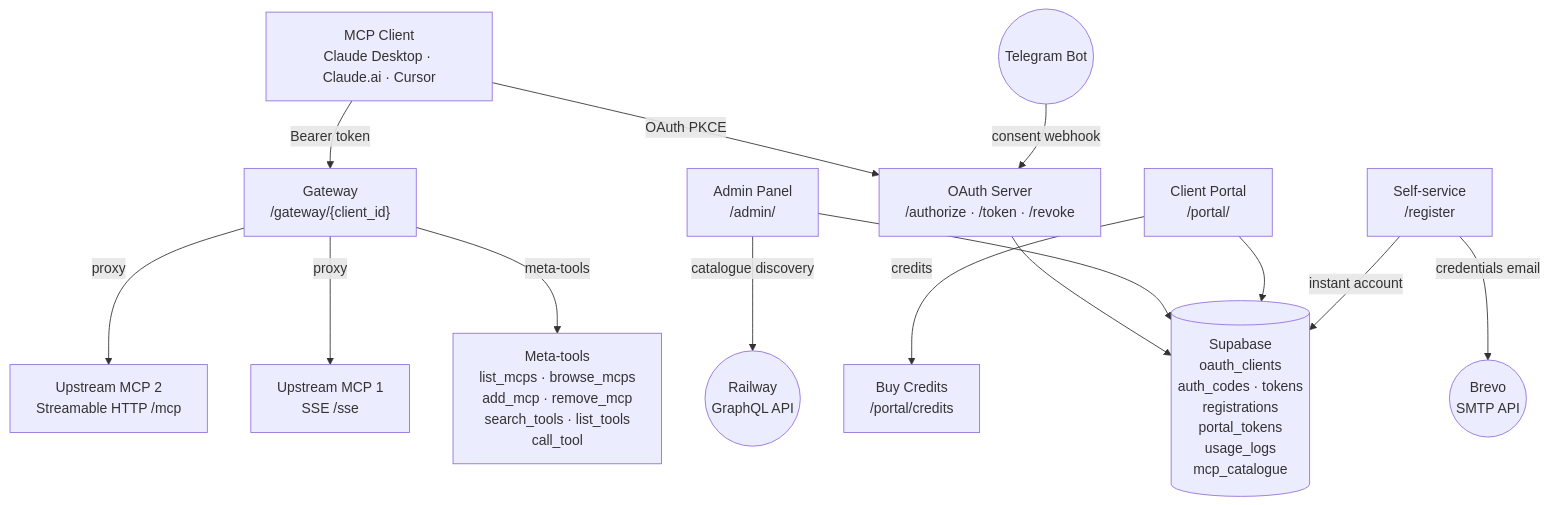
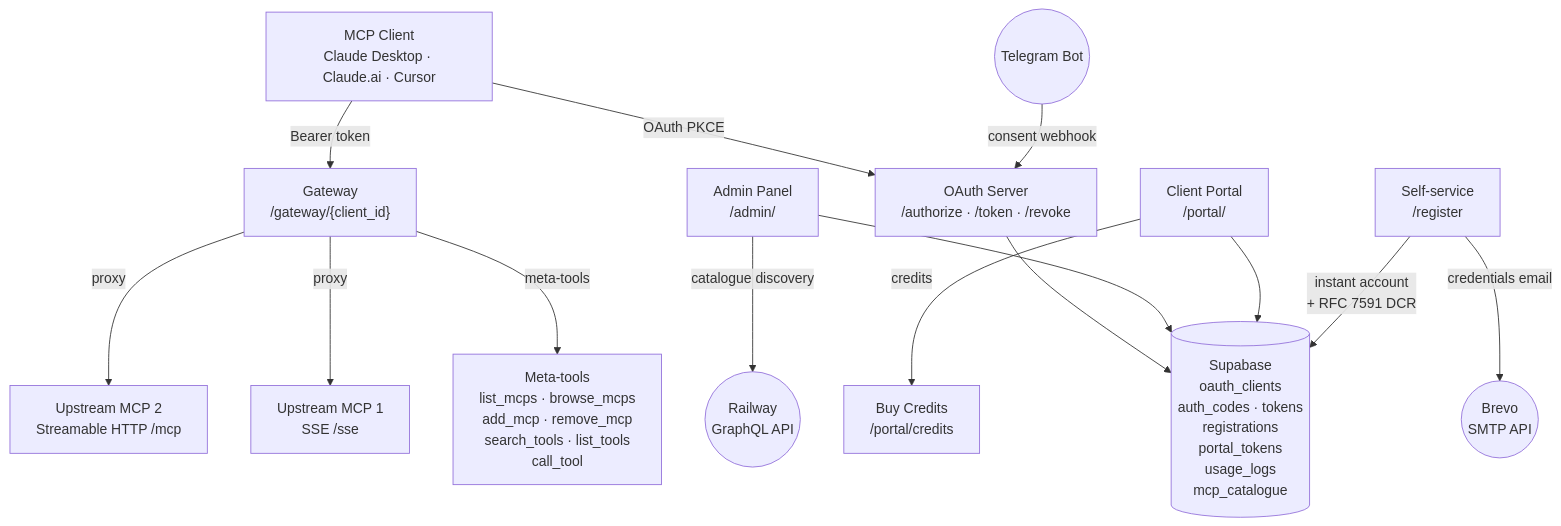
One commit to dsmoz/mcp-oauth-server changed the diagram in README.md. Above: the diagram before and after it, drawn with Mermaid. The commit also changed other lines of this file and 2 other files, not shown here.

````diff
--- a/README.md
+++ b/README.md
@@ -11,22 +11,22 @@
 ```mermaid
 flowchart TD
     Client["MCP Client\nClaude Desktop · Claude.ai · Cursor"] -->|OAuth PKCE| OAuth["OAuth Server\n/authorize · /token · /revoke"]
     Client -->|Bearer token| Gateway["Gateway\n/gateway/{client_id}"]
 
     OAuth --> Supabase[("Supabase\noauth_clients\nauth_codes · tokens\nregistrations\nportal_tokens\nusage_logs\nmcp_catalogue")]
 
     Gateway -->|meta-tools| Meta["Meta-tools\nlist_mcps · browse_mcps\nadd_mcp · remove_mcp\nsearch_tools · list_tools\ncall_tool"]
     Gateway -->|proxy| Upstream1["Upstream MCP 1\nSSE /sse"]
     Gateway -->|proxy| Upstream2["Upstream MCP 2\nStreamable HTTP /mcp"]
 
     Admin["Admin Panel\n/admin/"] --> Supabase
     Admin -->|catalogue discovery| Railway(("Railway\nGraphQL API"))
 
     Portal["Client Portal\n/portal/"] --> Supabase
     Portal -->|credits| Credits["Buy Credits\n/portal/credits"]
 
-    Register["Self-service\n/register"] -->|instant account| Supabase
+    Register["Self-service\n/register"] -->|instant account\n+ RFC 7591 DCR| Supabase
     Register -->|credentials email| Brevo(("Brevo\nSMTP API"))
 
     Telegram(("Telegram Bot")) -->|consent webhook| OAuth
 ```
````
